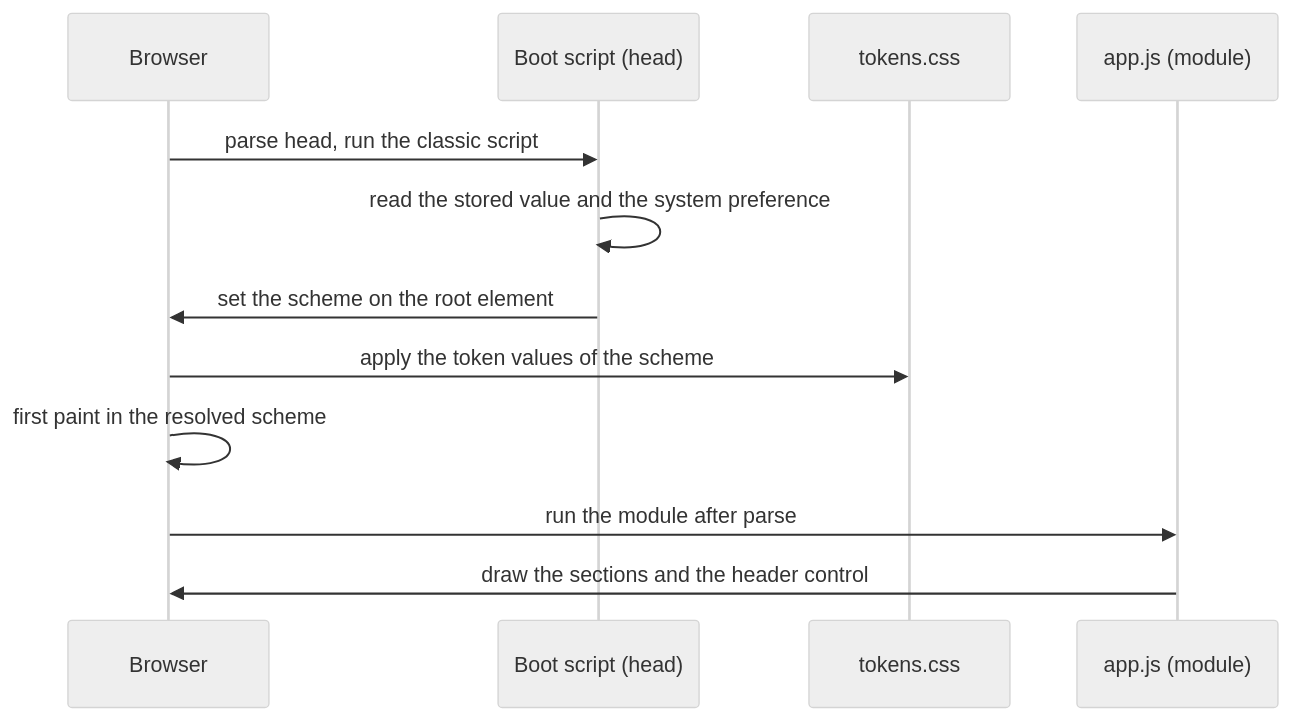
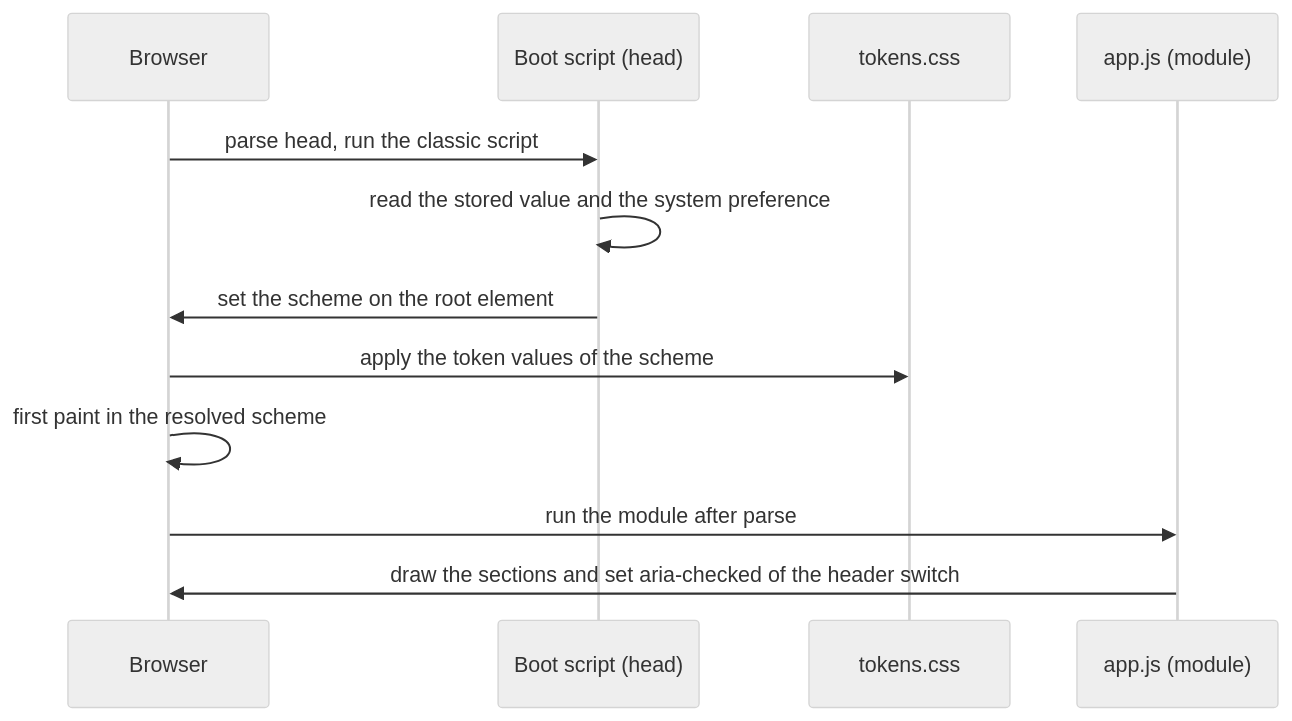
One commit to desek/agentloupe changed the sixth of 7 diagrams in docs/cr/CR-0020-light-mode.md. Above: the diagram before and after it, drawn with Mermaid (neutral theme). The commit also changed other lines of this file, not shown here.

Commit message:
docs(cr): CR-0020 describes the scheme switch in every section

````diff
--- a/docs/cr/CR-0020-light-mode.md
+++ b/docs/cr/CR-0020-light-mode.md
@@ -112,14 +133,14 @@
 ```mermaid
 sequenceDiagram
   participant B as Browser
   participant S as Boot script (head)
   participant C as tokens.css
   participant A as app.js (module)
   B->>S: parse head, run the classic script
   S->>S: read the stored value and the system preference
   S->>B: set the scheme on the root element
   B->>C: apply the token values of the scheme
   B->>B: first paint in the resolved scheme
   B->>A: run the module after parse
-  A->>B: draw the sections and the header control
+  A->>B: draw the sections and set aria-checked of the header switch
 ```
````
